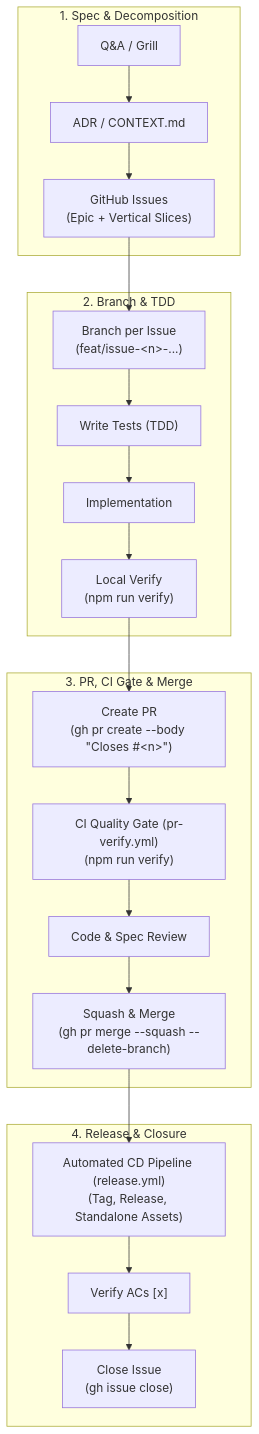
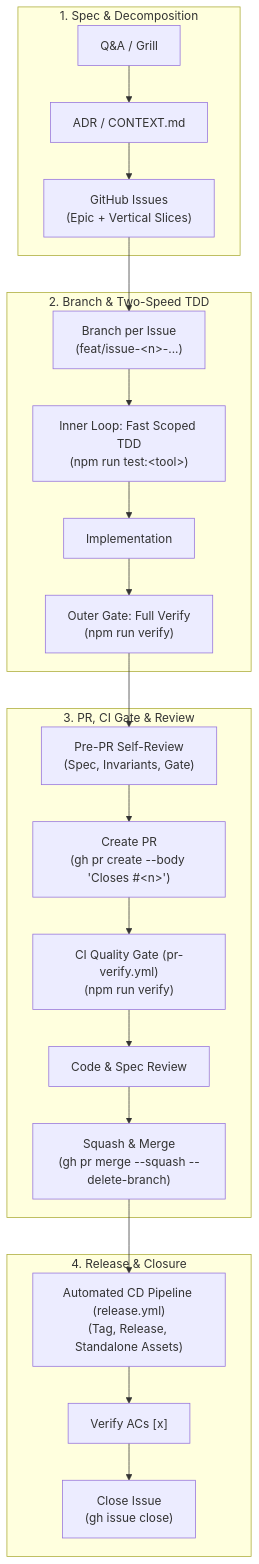
One commit to thanhtrixx/html-standalone-tools changed the diagram in docs/agents/ways-of-working.md. Above: the diagram before and after it, drawn with Mermaid. The commit also changed other lines of this file, not shown here.

Commit message:
docs(wow): optimize Ways of Working with two-speed loop and reliability guardrails (#271)

````diff
--- a/docs/agents/ways-of-working.md
+++ b/docs/agents/ways-of-working.md
@@ -9,28 +9,29 @@
 ```mermaid
 flowchart TD
     subgraph P1["1. Spec &amp; Decomposition"]
         QA["Q&amp;A / Grill"] --> ADR["ADR / CONTEXT.md"]
         ADR --> Issues["GitHub Issues<br/>(Epic + Vertical Slices)"]
     end
 
-    subgraph P2["2. Branch &amp; TDD"]
-        Branch["Branch per Issue<br/>(feat/issue-&lt;n&gt;-...)"] --> TDD["Write Tests (TDD)"]
-        TDD --> Impl["Implementation"]
-        Impl --> Verify["Local Verify<br/>(npm run verify)"]
+    subgraph P2["2. Branch &amp; Two-Speed TDD"]
+        Branch["Branch per Issue<br/>(feat/issue-&lt;n&gt;-...)"] --> InnerLoop["Inner Loop: Fast Scoped TDD<br/>(npm run test:&lt;tool&gt;)"]
+        InnerLoop --> Impl["Implementation"]
+        Impl --> OuterGate["Outer Gate: Full Verify<br/>(npm run verify)"]
     end
 
-    subgraph P3["3. PR, CI Gate &amp; Merge"]
-        PR["Create PR<br/>(gh pr create --body &quot;Closes #&lt;n&gt;&quot;)"] --> CIGate["CI Quality Gate (pr-verify.yml)<br/>(npm run verify)"]
+    subgraph P3["3. PR, CI Gate &amp; Review"]
+        OuterGate --> SelfReview["Pre-PR Self-Review<br/>(Spec, Invariants, Gate)"]
+        SelfReview --> PR["Create PR<br/>(gh pr create --body 'Closes #&lt;n&gt;')"]
+        PR --> CIGate["CI Quality Gate (pr-verify.yml)<br/>(npm run verify)"]
         CIGate --> Review["Code &amp; Spec Review"]
         Review --> Merge["Squash &amp; Merge<br/>(gh pr merge --squash --delete-branch)"]
     end
 
     subgraph P4["4. Release &amp; Closure"]
         Merge --> CDRelease["Automated CD Pipeline (release.yml)<br/>(Tag, Release, Standalone Assets)"]
         CDRelease --> VerifyAC["Verify ACs [x]"]
         VerifyAC --> Close["Close Issue<br/>(gh issue close)"]
     end
 
     Issues --> Branch
-    Verify --> PR
 ```
````
